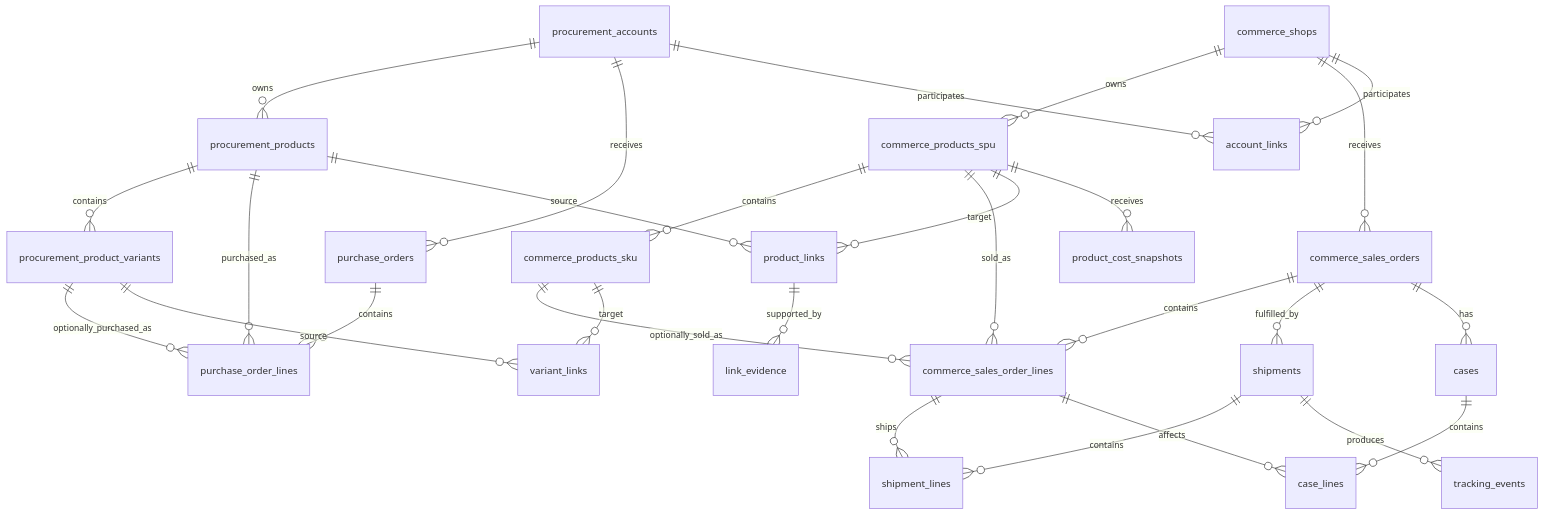
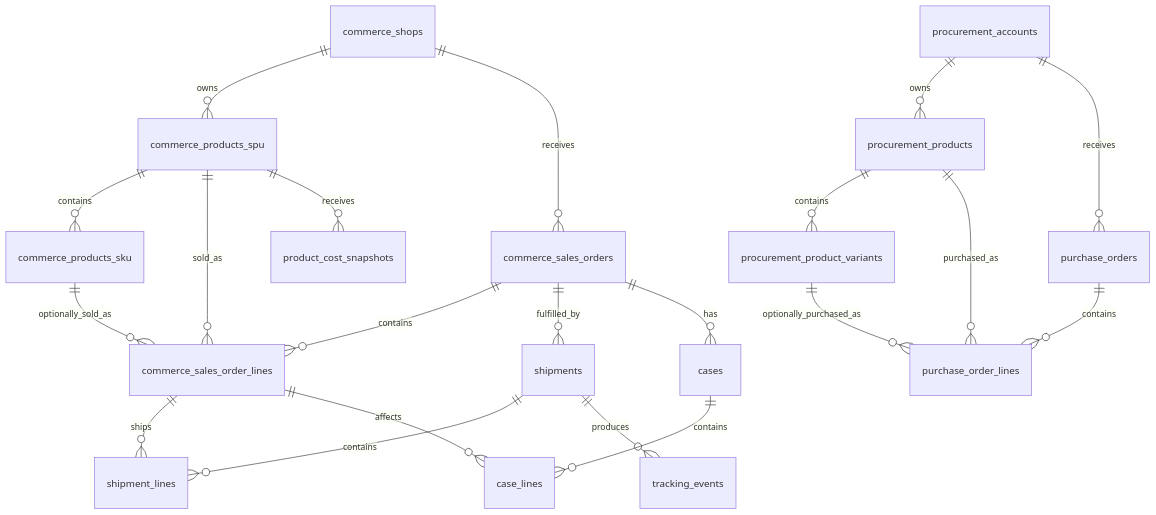
The diagram in tech-doc/data-model-target-v3.md (brakchen/tts-erp), drawn with Mermaid before and after one commit. The commit also changed other lines of this file and 60 other files, not shown here.

Commit message:
chore: 删除冗余 linkage schema

````diff
--- a/tech-doc/data-model-target-v3.md
+++ b/tech-doc/data-model-target-v3.md
@@ -877,37 +715,27 @@
 ```mermaid
 erDiagram
     commerce_shops ||--o{ commerce_products_spu : owns
     commerce_products_spu ||--o{ commerce_products_sku : contains
     commerce_shops ||--o{ commerce_sales_orders : receives
     commerce_sales_orders ||--o{ commerce_sales_order_lines : contains
     commerce_products_spu ||--o{ commerce_sales_order_lines : sold_as
     commerce_products_sku ||--o{ commerce_sales_order_lines : optionally_sold_as
 
     procurement_accounts ||--o{ procurement_products : owns
     procurement_products ||--o{ procurement_product_variants : contains
     procurement_accounts ||--o{ purchase_orders : receives
     purchase_orders ||--o{ purchase_order_lines : contains
     procurement_products ||--o{ purchase_order_lines : purchased_as
     procurement_product_variants ||--o{ purchase_order_lines : optionally_purchased_as
 
-    procurement_accounts ||--o{ account_links : participates
-    commerce_shops ||--o{ account_links : participates
-
-    procurement_products ||--o{ product_links : source
-    commerce_products_spu ||--o{ product_links : target
-    product_links ||--o{ link_evidence : supported_by
-
-    procurement_product_variants ||--o{ variant_links : source
-    commerce_products_sku ||--o{ variant_links : target
-
     commerce_sales_orders ||--o{ shipments : fulfilled_by
     shipments ||--o{ shipment_lines : contains
     commerce_sales_order_lines ||--o{ shipment_lines : ships
     shipments ||--o{ tracking_events : produces
 
     commerce_sales_orders ||--o{ cases : has
     cases ||--o{ case_lines : contains
     commerce_sales_order_lines ||--o{ case_lines : affects
 
     commerce_products_spu ||--o{ product_cost_snapshots : receives
 ```
````
